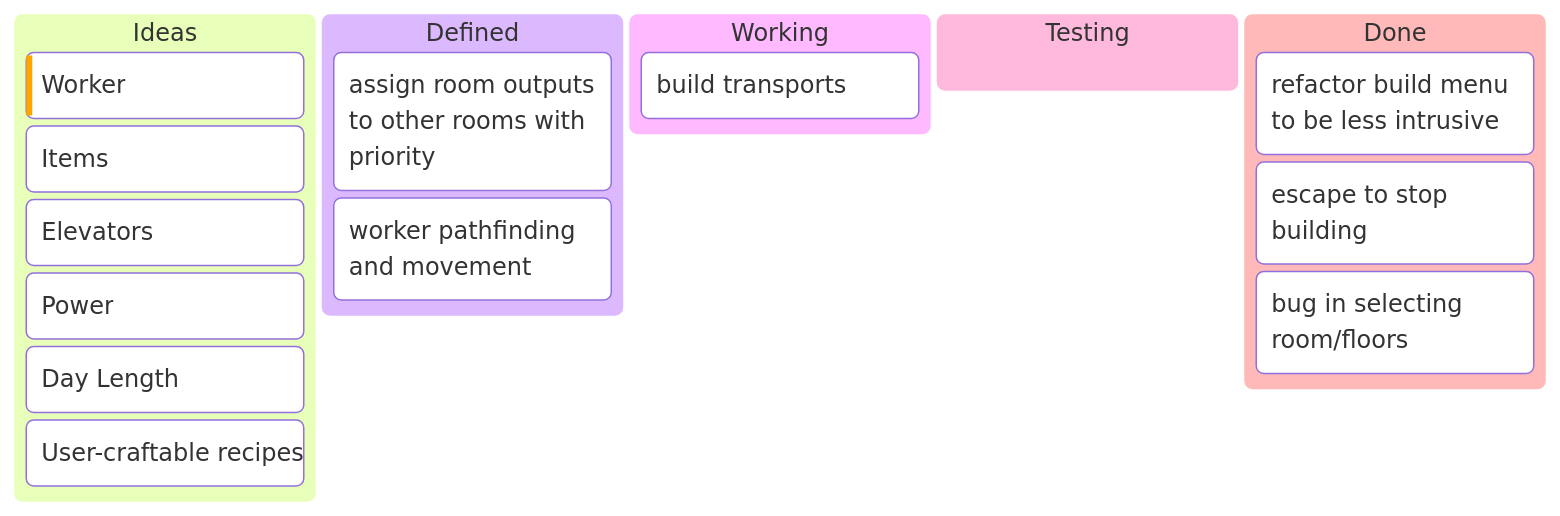
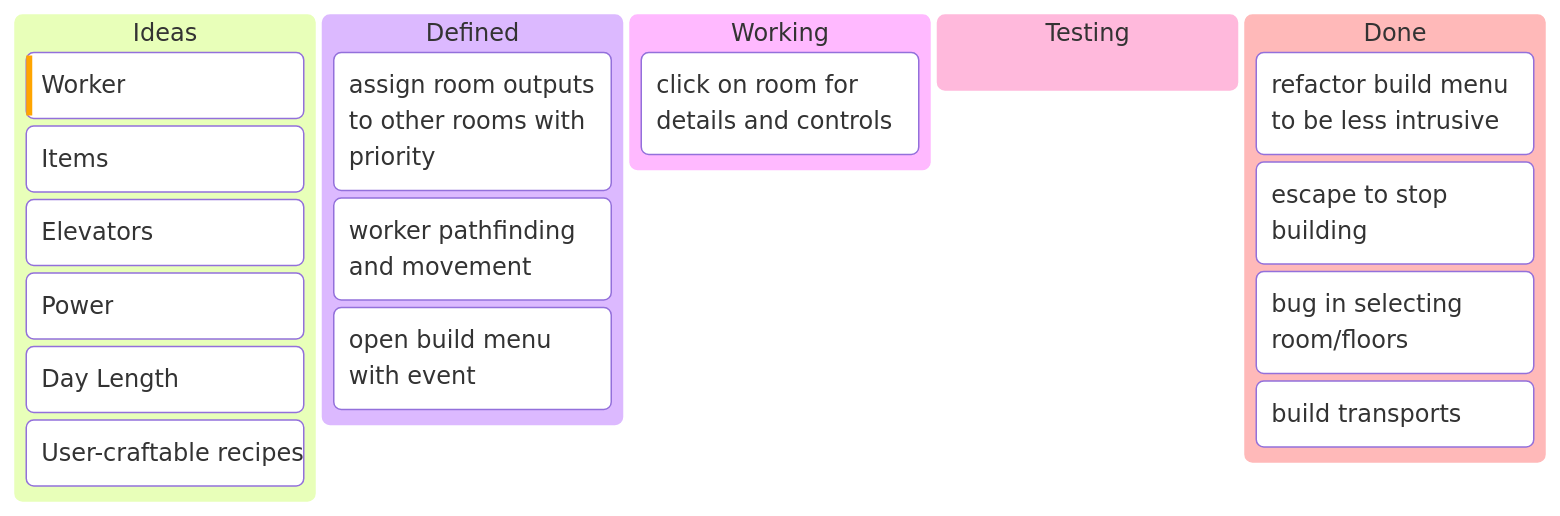
The first of 2 diagrams in TODO.md (sagecottrell/wizard-tower), drawn with Mermaid before and after one commit. The commit also changed 74 other files, not shown here.

````diff
--- a/TODO.md
+++ b/TODO.md
@@ -5,22 +5,24 @@
 ```mermaid
 
 kanban
     idea[Ideas]
         [Worker]@{priority: 'High'}
         [Items]
         [Elevators]
         [Power]
         [Day Length]
         [User-craftable recipes]
     defined[Defined]
         [assign room outputs to other rooms with priority]
         [worker pathfinding and movement]
+        [open build menu with event]
     wip[Working]
-        [build transports]
+        [click on room for details and controls]
     test[Testing]
     done[Done]
         [refactor build menu to be less intrusive]
         [escape to stop building]
         [bug in selecting room/floors]
+        [build transports]
 
 ```
````
